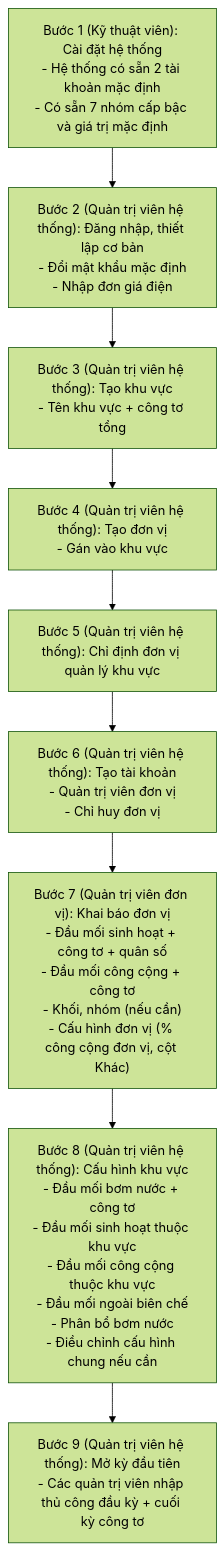
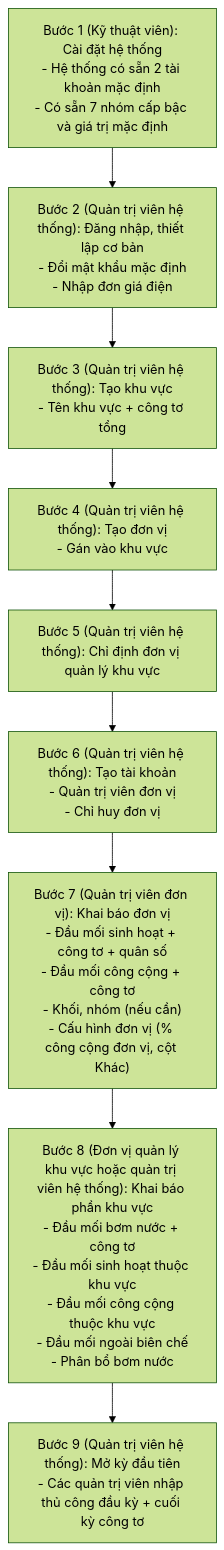
One commit to manhcuongdtbk/electric-water-management changed the fifth of 6 diagrams in docs/V2_XAC_NHAN_NGHIEP_VU.md. Above: the diagram before and after it, drawn with Mermaid (forest theme). The commit also changed other lines of this file and 1 other file, not shown here.

````diff
--- a/docs/V2_XAC_NHAN_NGHIEP_VU.md
+++ b/docs/V2_XAC_NHAN_NGHIEP_VU.md
@@ -493,14 +491,14 @@
 ```mermaid
 flowchart TD
     S1["Bước 1 (Kỹ thuật viên): Cài đặt hệ thống\n- Hệ thống có sẵn 2 tài khoản mặc định\n- Có sẵn 7 nhóm cấp bậc và giá trị mặc định"]
     S2["Bước 2 (Quản trị viên hệ thống): Đăng nhập, thiết lập cơ bản\n- Đổi mật khẩu mặc định\n- Nhập đơn giá điện"]
     S3["Bước 3 (Quản trị viên hệ thống): Tạo khu vực\n- Tên khu vực + công tơ tổng"]
     S4["Bước 4 (Quản trị viên hệ thống): Tạo đơn vị\n- Gán vào khu vực"]
     S5["Bước 5 (Quản trị viên hệ thống): Chỉ định đơn vị quản lý khu vực"]
     S6["Bước 6 (Quản trị viên hệ thống): Tạo tài khoản\n- Quản trị viên đơn vị\n- Chỉ huy đơn vị"]
     S7["Bước 7 (Quản trị viên đơn vị): Khai báo đơn vị\n- Đầu mối sinh hoạt + công tơ + quân số\n- Đầu mối công cộng + công tơ\n- Khối, nhóm (nếu cần)\n- Cấu hình đơn vị (% công cộng đơn vị, cột Khác)"]
-    S8["Bước 8 (Quản trị viên hệ thống): Cấu hình khu vực\n- Đầu mối bơm nước + công tơ\n- Đầu mối sinh hoạt thuộc khu vực\n- Đầu mối công cộng thuộc khu vực\n- Đầu mối ngoài biên chế\n- Phân bổ bơm nước\n- Điều chỉnh cấu hình chung nếu cần"]
+    S8["Bước 8 (Đơn vị quản lý khu vực hoặc quản trị viên hệ thống): Khai báo phần khu vực\n- Đầu mối bơm nước + công tơ\n- Đầu mối sinh hoạt thuộc khu vực\n- Đầu mối công cộng thuộc khu vực\n- Đầu mối ngoài biên chế\n- Phân bổ bơm nước"]
     S9["Bước 9 (Quản trị viên hệ thống): Mở kỳ đầu tiên\n- Các quản trị viên nhập thủ công đầu kỳ + cuối kỳ công tơ"]
 
     S1 --> S2 --> S3 --> S4 --> S5 --> S6 --> S7 --> S8 --> S9
 ```
````
